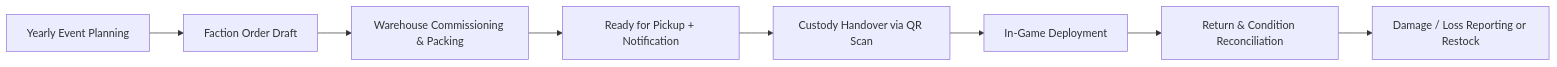
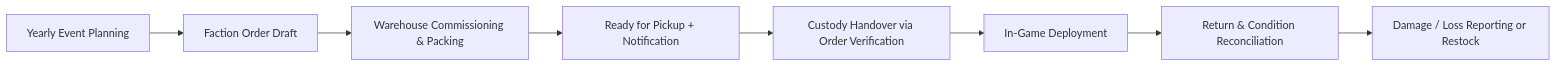
The first of 5 diagrams in REQUIREMENTS_ARCHITECTURE.md (Voxel07/inventory), drawn with Mermaid before and after one commit. The commit also changed other lines of this file and 2 other files, not shown here.

````diff
--- a/REQUIREMENTS_ARCHITECTURE.md
+++ b/REQUIREMENTS_ARCHITECTURE.md
@@ -21,10 +21,10 @@
 ```mermaid
 flowchart LR
     A[Yearly Event Planning] --> B[Faction Order Draft]
     B --> C[Warehouse Commissioning & Packing]
     C --> D[Ready for Pickup + Notification]
-    D --> E[Custody Handover via QR Scan]
+    D --> E[Custody Handover via Order Verification]
     E --> F[In-Game Deployment]
     F --> G[Return & Condition Reconciliation]
     G --> H[Damage / Loss Reporting or Restock]
 ```
````
